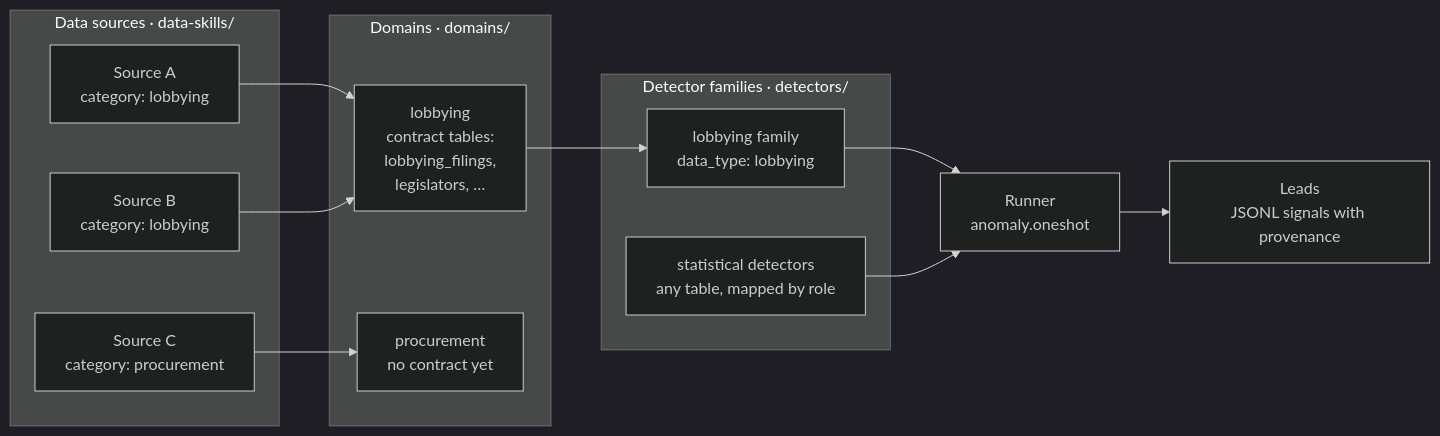
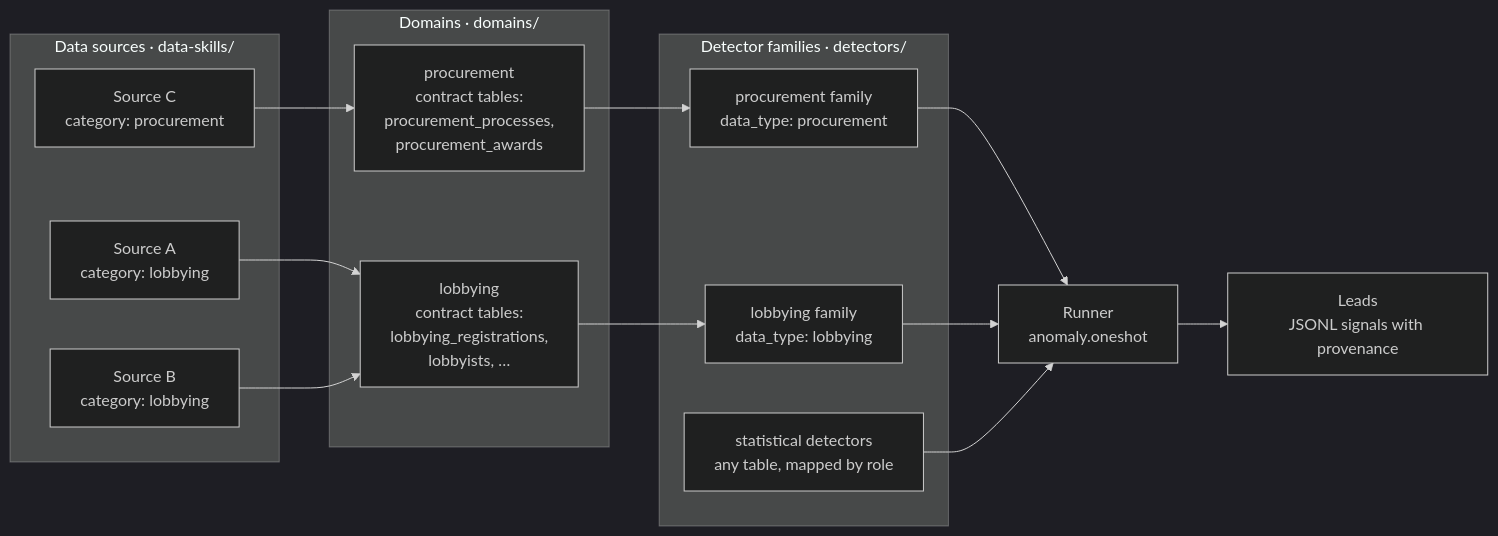
The diagram in README.md (buriedsignals/Anomaly), drawn with Mermaid (dark theme) before and after one commit. The commit also changed other lines of this file and 2 other files, not shown here.

Commit message:
docs + site: per-type detectors, lobbying v2 table names, counts

````diff
--- a/README.md
+++ b/README.md
@@ -34,23 +34,26 @@
 ```mermaid
 flowchart LR
     subgraph S["Data sources · data-skills/"]
         S1["Source A<br/>category: lobbying"]
         S2["Source B<br/>category: lobbying"]
         S3["Source C<br/>category: procurement"]
     end
     subgraph D["Domains · domains/"]
-        D1["lobbying<br/>contract tables:<br/>lobbying_filings,<br/>legislators, …"]
-        D2["procurement<br/>no contract yet"]
+        D1["lobbying<br/>contract tables:<br/>lobbying_registrations,<br/>lobbyists, …"]
+        D2["procurement<br/>contract tables:<br/>procurement_processes,<br/>procurement_awards"]
     end
     subgraph F["Detector families · detectors/"]
         F1["lobbying family<br/>data_type: lobbying"]
+        F2["procurement family<br/>data_type: procurement"]
         F0["statistical detectors<br/>any table, mapped by role"]
     end
     S1 --> D1
     S2 --> D1
     S3 --> D2
     D1 --> F1
+    D2 --> F2
+    F2 --> R
     F1 --> R["Runner<br/>anomaly.oneshot"]
     F0 --> R
     R --> L["Leads<br/>JSONL signals with provenance"]
 ```
````
